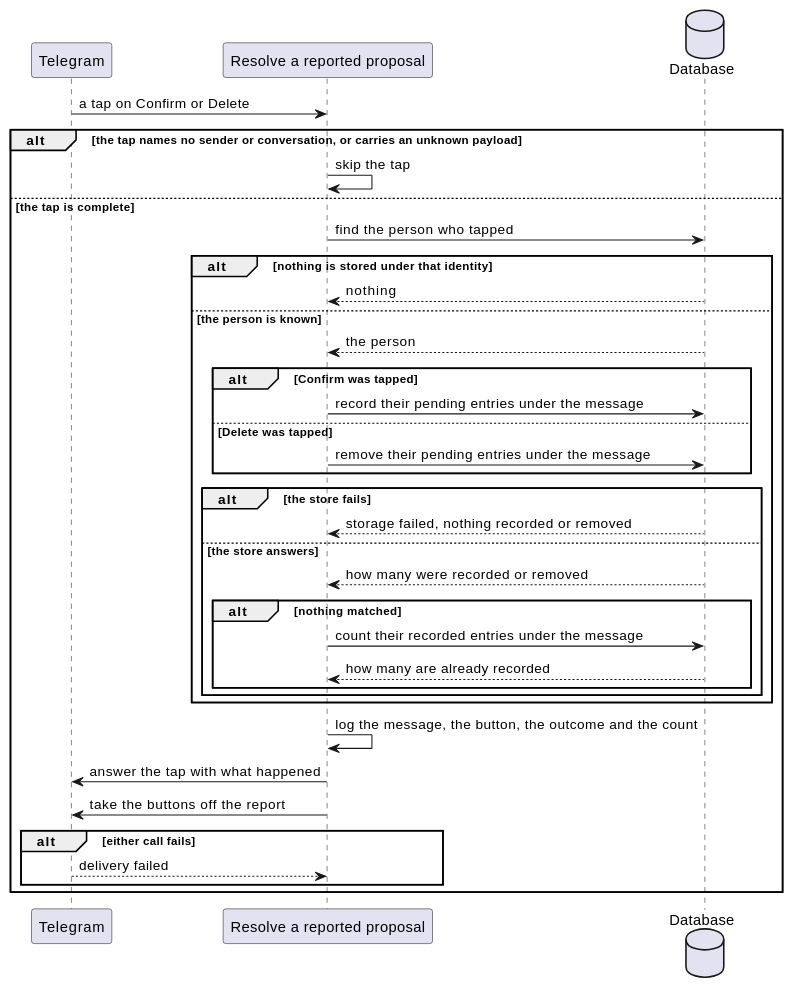
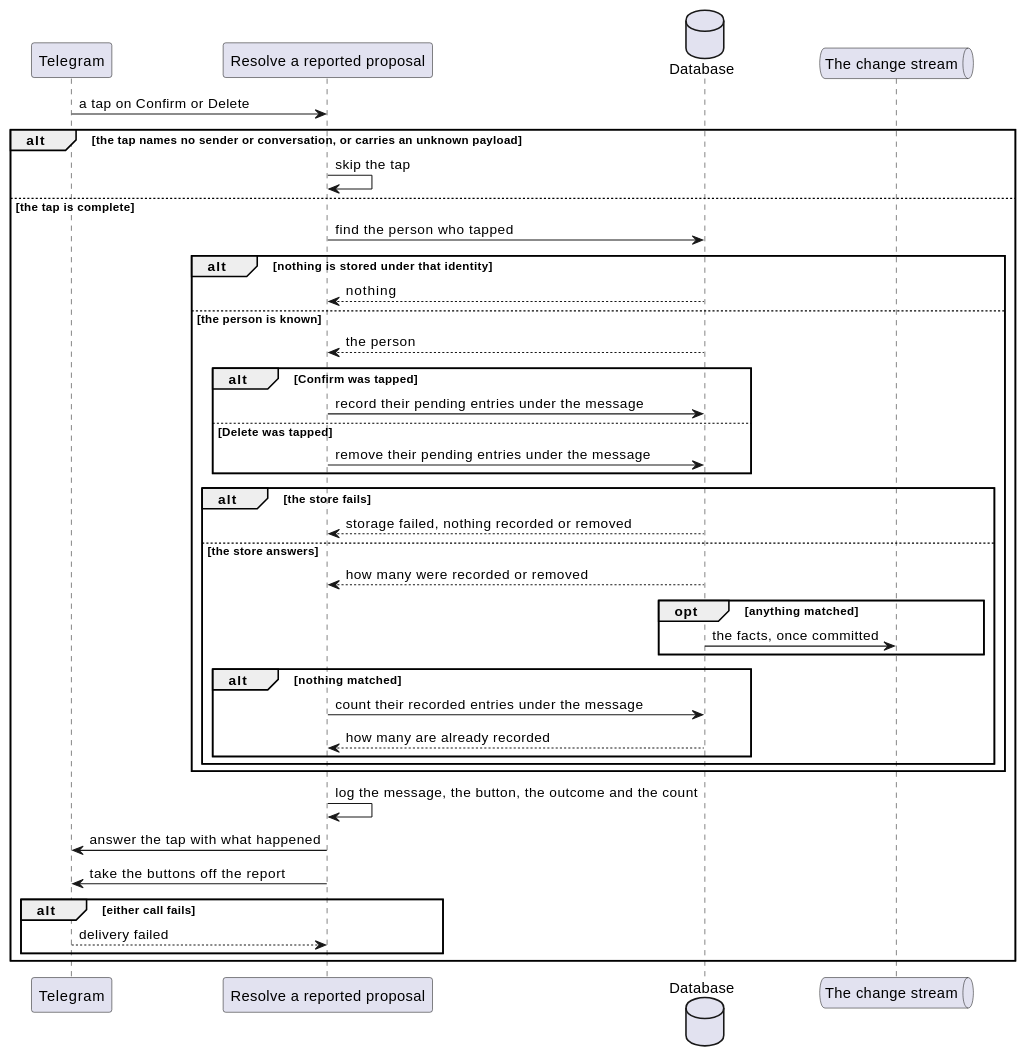
The second of 2 diagrams in ledger-service/docs/usecases/resolve-a-reported-proposal.md (ds-usova/finance-bot), drawn with PlantUML before and after one commit. The commit also changed other lines of this file and 13 other files, not shown here.

````diff
--- a/ledger-service/docs/usecases/resolve-a-reported-proposal.md
+++ b/ledger-service/docs/usecases/resolve-a-reported-proposal.md
@@ -96,40 +97,44 @@
 ```plantuml
 @startuml ResolveAReportedProposal-Sequence
 participant "Telegram" as TG
 participant "Resolve a reported proposal" as UC
 database "Database" as DB
+queue "The change stream" as Stream
 
 TG -> UC : a tap on Confirm or Delete
 
 alt the tap names no sender or conversation, or carries an unknown payload
   UC -> UC : skip the tap
 else the tap is complete
   UC -> DB : find the person who tapped
   alt nothing is stored under that identity
     DB --> UC : nothing
   else the person is known
     DB --> UC : the person
     alt Confirm was tapped
       UC -> DB : record their pending entries under the message
     else Delete was tapped
       UC -> DB : remove their pending entries under the message
     end
     alt the store fails
       DB --> UC : storage failed, nothing recorded or removed
     else the store answers
       DB --> UC : how many were recorded or removed
+      opt anything matched
+        DB -> Stream : the facts, once committed
+      end
       alt nothing matched
         UC -> DB : count their recorded entries under the message
         DB --> UC : how many are already recorded
       end
     end
   end
   UC -> UC : log the message, the button, the outcome and the count
   UC -> TG : answer the tap with what happened
   UC -> TG : take the buttons off the report
   alt either call fails
     TG --> UC : delivery failed
   end
 end
 @enduml
 ```
````
